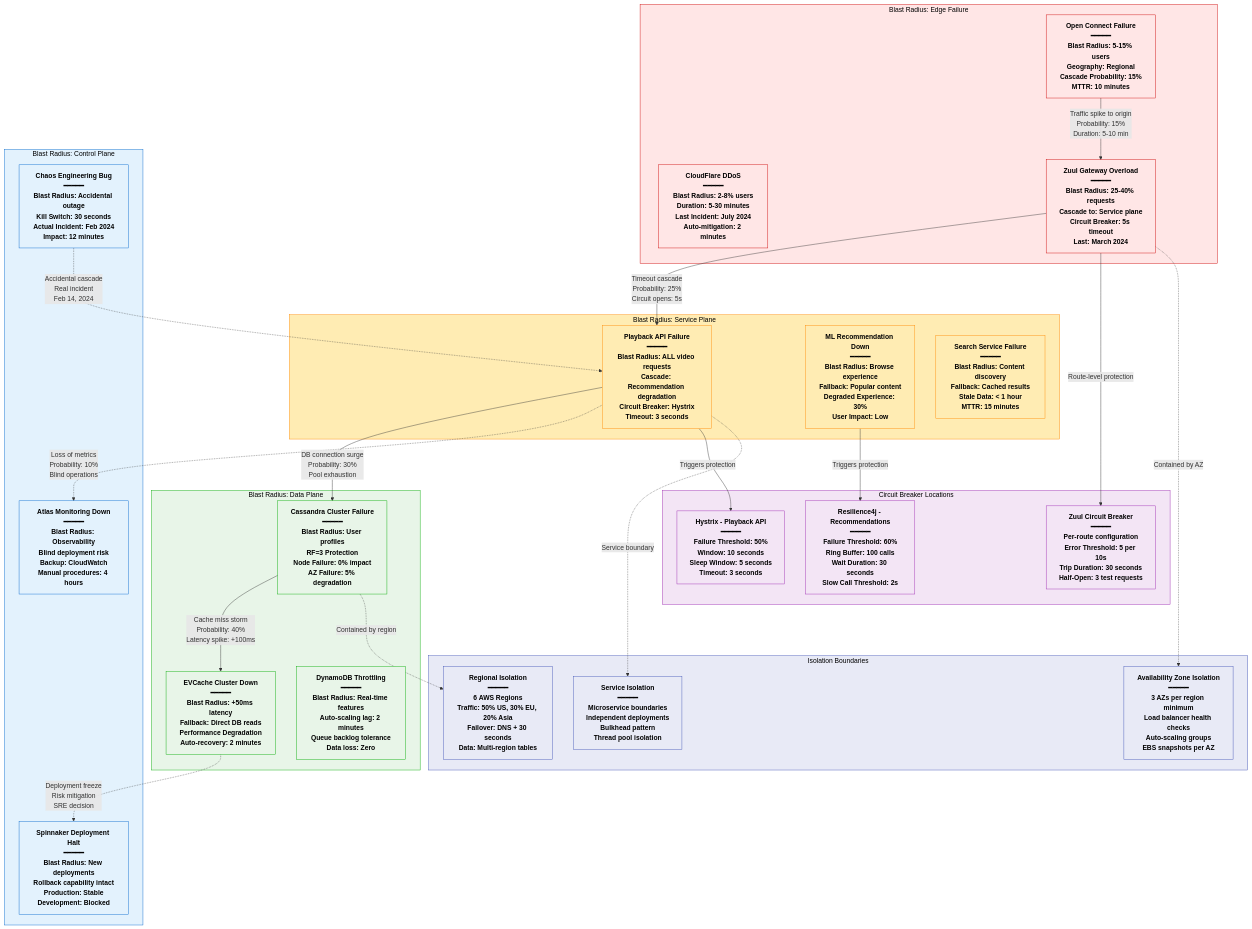
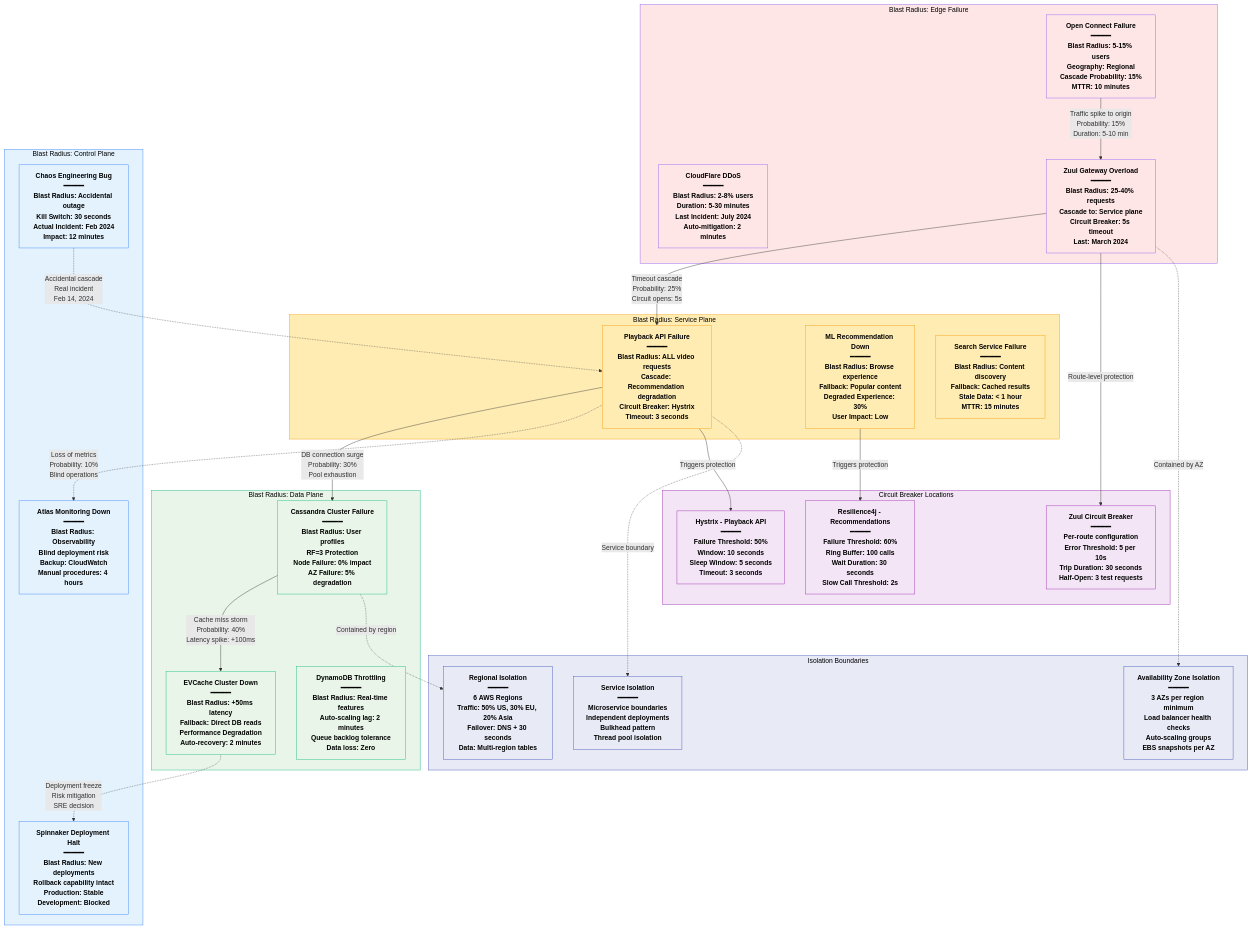
Before and after one commit to deepaucksharma/DS: the diagram in site/docs/systems/netflix/failure-domains.md, drawn with Mermaid. The commit also changed 303 other files, not shown here.

````diff
--- a/site/docs/systems/netflix/failure-domains.md
+++ b/site/docs/systems/netflix/failure-domains.md
@@ -7,7 +7,7 @@
 ```mermaid
 graph TB
     subgraph BlastRadius1["Blast Radius: Edge Failure"]
-        style BlastRadius1 fill:#FFE6E6,stroke:#CC0000,color:#000
+        style BlastRadius1 fill:#FFE6E6,stroke:#8B5CF6,color:#000
 
         OCAFail["Open Connect Failure<br/>━━━━━<br/>Blast Radius: 5-15% users<br/>Geography: Regional<br/>Cascade Probability: 15%<br/>MTTR: 10 minutes"]
 
@@ -17,7 +17,7 @@
     end
 
     subgraph BlastRadius2["Blast Radius: Service Plane"]
-        style BlastRadius2 fill:#FFECB3,stroke:#FF8800,color:#000
+        style BlastRadius2 fill:#FFECB3,stroke:#F59E0B,color:#000
 
         PlayAPIFail["Playback API Failure<br/>━━━━━<br/>Blast Radius: ALL video requests<br/>Cascade: Recommendation degradation<br/>Circuit Breaker: Hystrix<br/>Timeout: 3 seconds"]
 
@@ -27,7 +27,7 @@
     end
 
     subgraph BlastRadius3["Blast Radius: Data Plane"]
-        style BlastRadius3 fill:#E8F5E8,stroke:#00AA00,color:#000
+        style BlastRadius3 fill:#E8F5E8,stroke:#10B981,color:#000
 
         CassandraFail["Cassandra Cluster Failure<br/>━━━━━<br/>Blast Radius: User profiles<br/>RF=3 Protection<br/>Node Failure: 0% impact<br/>AZ Failure: 5% degradation"]
 
@@ -37,7 +37,7 @@
     end
 
     subgraph BlastRadius4["Blast Radius: Control Plane"]
-        style BlastRadius4 fill:#E3F2FD,stroke:#0066CC,color:#000
+        style BlastRadius4 fill:#E3F2FD,stroke:#3B82F6,color:#000
 
         SpinnakerFail["Spinnaker Deployment Halt<br/>━━━━━<br/>Blast Radius: New deployments<br/>Rollback capability intact<br/>Production: Stable<br/>Development: Blocked"]
 
@@ -88,10 +88,10 @@
     PlayAPIFail -.->|"Service boundary"| ServiceIsolation
 
     %% Apply failure-specific colors
-    classDef edgeFailure fill:#FFE6E6,stroke:#CC0000,color:#000,font-weight:bold
-    classDef serviceFailure fill:#FFECB3,stroke:#FF8800,color:#000,font-weight:bold
-    classDef dataFailure fill:#E8F5E8,stroke:#00AA00,color:#000,font-weight:bold
-    classDef controlFailure fill:#E3F2FD,stroke:#0066CC,color:#000,font-weight:bold
+    classDef edgeFailure fill:#FFE6E6,stroke:#8B5CF6,color:#000,font-weight:bold
+    classDef serviceFailure fill:#FFECB3,stroke:#F59E0B,color:#000,font-weight:bold
+    classDef dataFailure fill:#E8F5E8,stroke:#10B981,color:#000,font-weight:bold
+    classDef controlFailure fill:#E3F2FD,stroke:#3B82F6,color:#000,font-weight:bold
     classDef circuitBreaker fill:#F3E5F5,stroke:#9C27B0,color:#000,font-weight:bold
     classDef isolation fill:#E8EAF6,stroke:#3F51B5,color:#000,font-weight:bold
 
````
